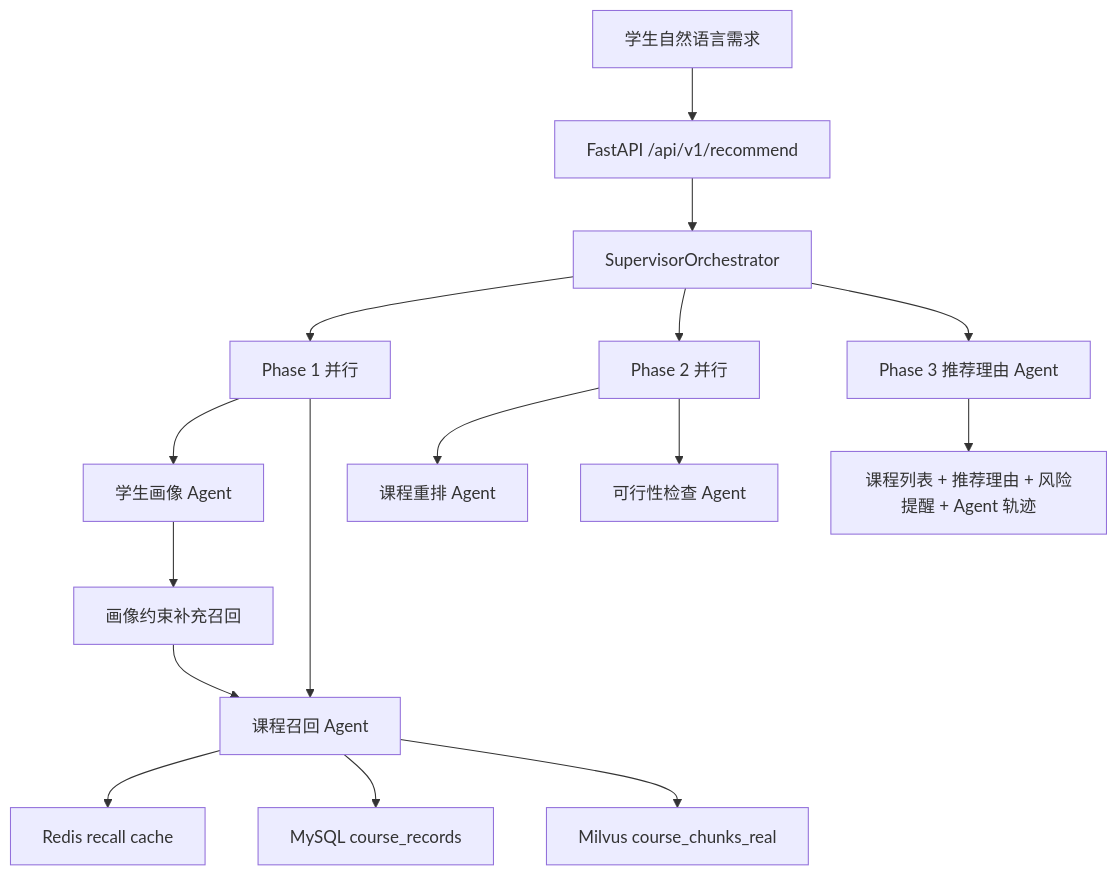
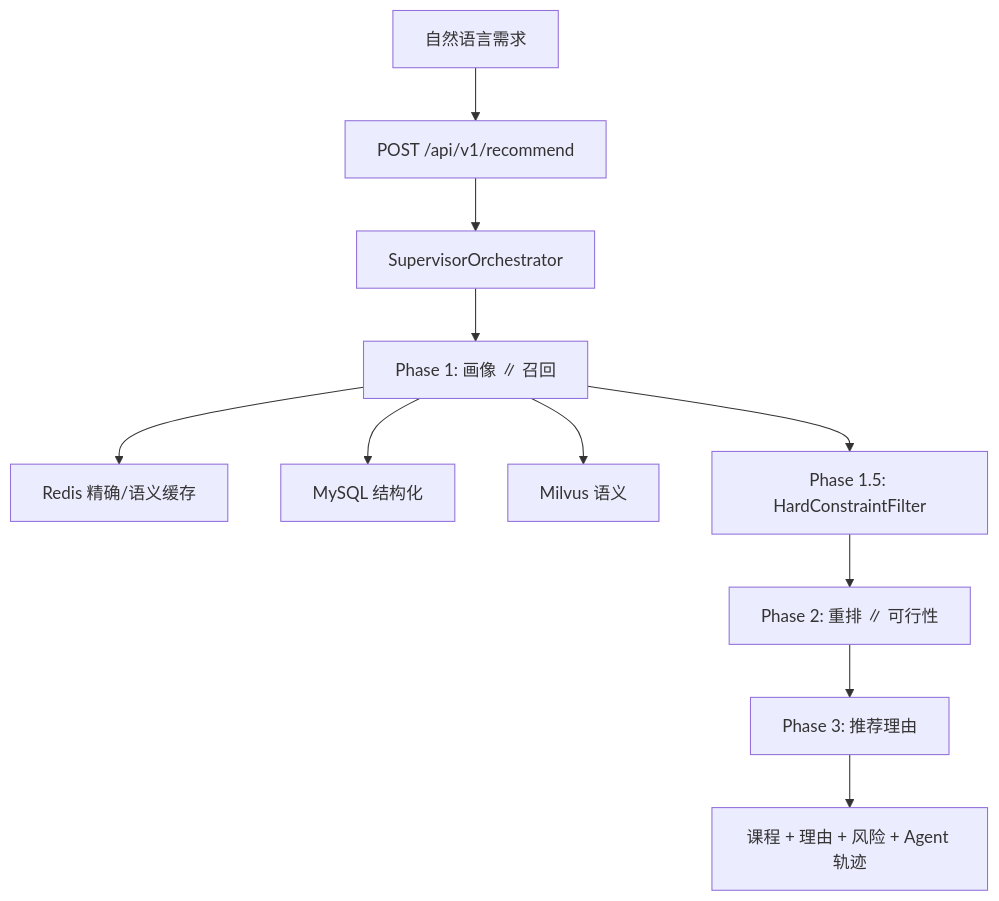
Before and after one commit to UNCEIR/multi-agent-course-system: the diagram in README.md, drawn with Mermaid. The commit also changed other lines of this file, not shown here.

````diff
--- a/README.md
+++ b/README.md
@@ -205,23 +113,13 @@
 ```mermaid
 flowchart TD
-    studentPrompt["学生自然语言需求"] --> api["FastAPI /api/v1/recommend"]
-    api --> supervisor["SupervisorOrchestrator"]
-
-    supervisor --> phase1["Phase 1 并行"]
-    phase1 --> profileAgent["学生画像 Agent"]
-    phase1 --> recallAgent["课程召回 Agent"]
-
-    recallAgent --> redisCache["Redis recall cache"]
-    recallAgent --> mysql["MySQL course_records"]
-    recallAgent --> milvus["Milvus course_chunks_real"]
-
-    profileAgent --> refinedRecall["画像约束补充召回"]
-    refinedRecall --> recallAgent
-
-    supervisor --> phase2["Phase 2 并行"]
-    phase2 --> rerankAgent["课程重排 Agent"]
-    phase2 --> feasibilityAgent["可行性检查 Agent"]
-
-    supervisor --> reasonAgent["Phase 3 推荐理由 Agent"]
-    reasonAgent --> response["课程列表 + 推荐理由 + 风险提醒 + Agent 轨迹"]
+    prompt["自然语言需求"] --> api["POST /api/v1/recommend"]
+    api --> sup["SupervisorOrchestrator"]
+    sup --> p1["Phase 1: 画像 ∥ 召回"]
+    p1 --> cache["Redis 精确/语义缓存"]
+    p1 --> mysql["MySQL 结构化"]
+    p1 --> milvus["Milvus 语义"]
+    p1 --> p15["Phase 1.5: HardConstraintFilter"]
+    p15 --> p2["Phase 2: 重排 ∥ 可行性"]
+    p2 --> p3["Phase 3: 推荐理由"]
+    p3 --> out["课程 + 理由 + 风险 + Agent 轨迹"]
 ```
````
